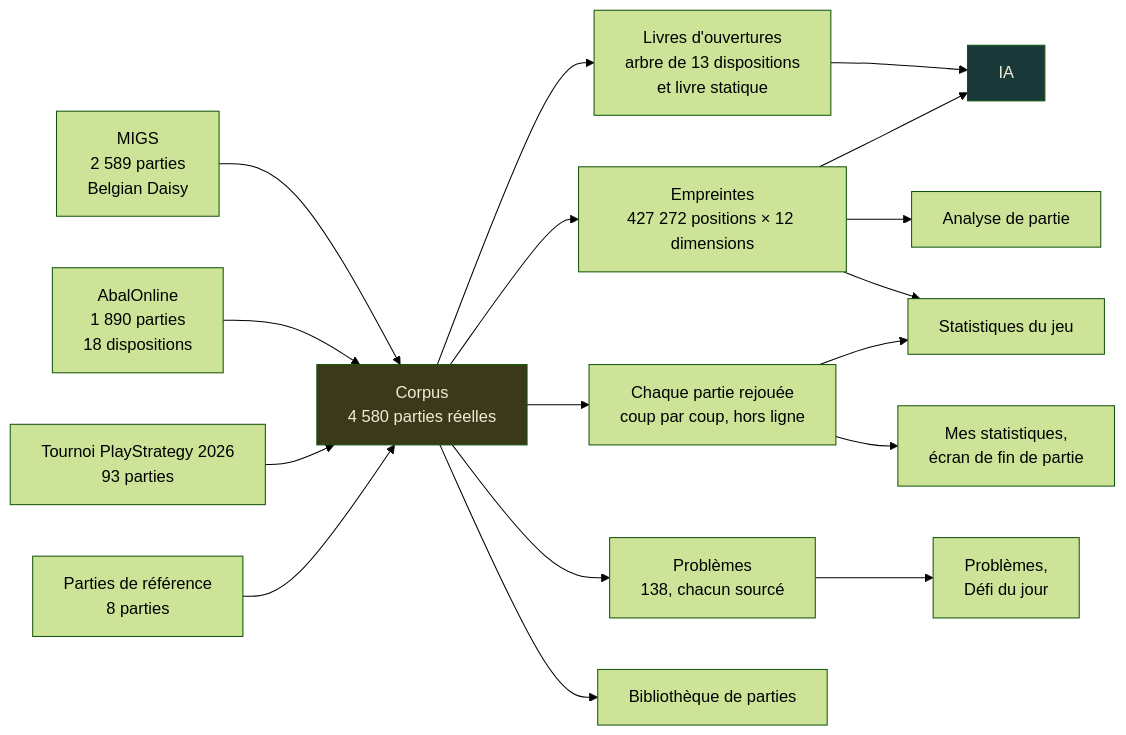
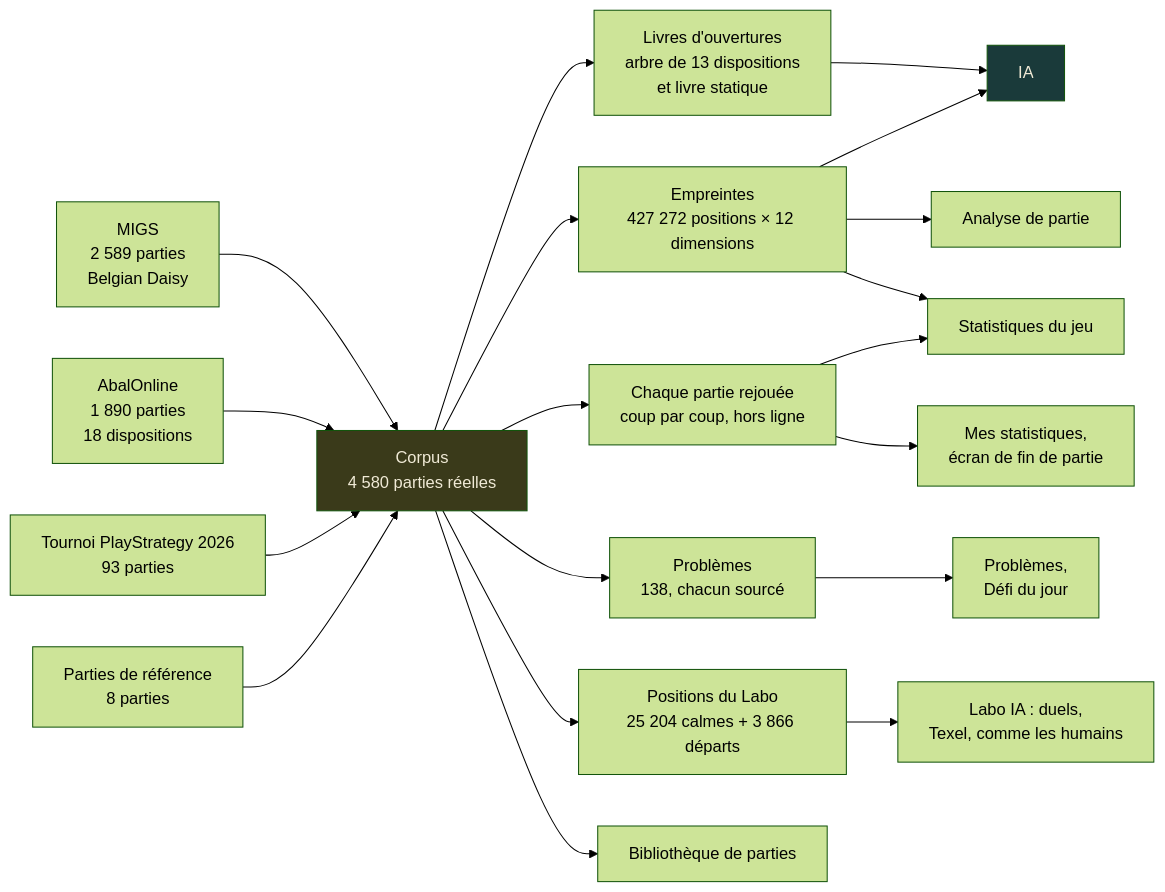
One commit to ocj94/Abalassembly changed the second of 3 diagrams in docs-fr/Architecture.fr.md. Above: the diagram before and after it, drawn with Mermaid (forest theme). The commit also changed other lines of this file and 30 other files, not shown here.

First line of the commit message:
v2.70 : le Labo IA en onglets, six outils -- Texel, tournoi des styles, niveaux, comme les humains, contre toi, ouvertures

````diff
--- a/docs-fr/Architecture.fr.md
+++ b/docs-fr/Architecture.fr.md
@@ -60,24 +60,26 @@
 ```mermaid
 flowchart LR
     S1[MIGS<br/>2 589 parties<br/>Belgian Daisy] --> C[Corpus<br/>4 580 parties réelles]
     S2[AbalOnline<br/>1 890 parties<br/>18 dispositions] --> C
     S3[Tournoi PlayStrategy 2026<br/>93 parties] --> C
     S4[Parties de référence<br/>8 parties] --> C
 
     C --> O[Livres d'ouvertures<br/>arbre de 13 dispositions<br/>et livre statique]
     C --> E[Empreintes<br/>427 272 positions × 12 dimensions]
     C --> R[Chaque partie rejouée<br/>coup par coup, hors ligne]
     C --> P[Problèmes<br/>138, chacun sourcé]
+    C --> LP[Positions du Labo<br/>25 204 calmes + 3 866 départs]
     C --> L[Bibliothèque de parties]
 
     O --> AI[IA]
     E --> AI
     E --> AN[Analyse de partie]
     E --> ST[Statistiques du jeu]
     R --> ST
     R --> MS[Mes statistiques,<br/>écran de fin de partie]
     P --> PB[Problèmes,<br/>Défi du jour]
+    LP --> LAB[Labo IA : duels,<br/>Texel, comme les humains]
 
     style C fill:#3a3a1a,color:#f0ead6
     style AI fill:#1a3a3a,color:#f0ead6
 ```
````
